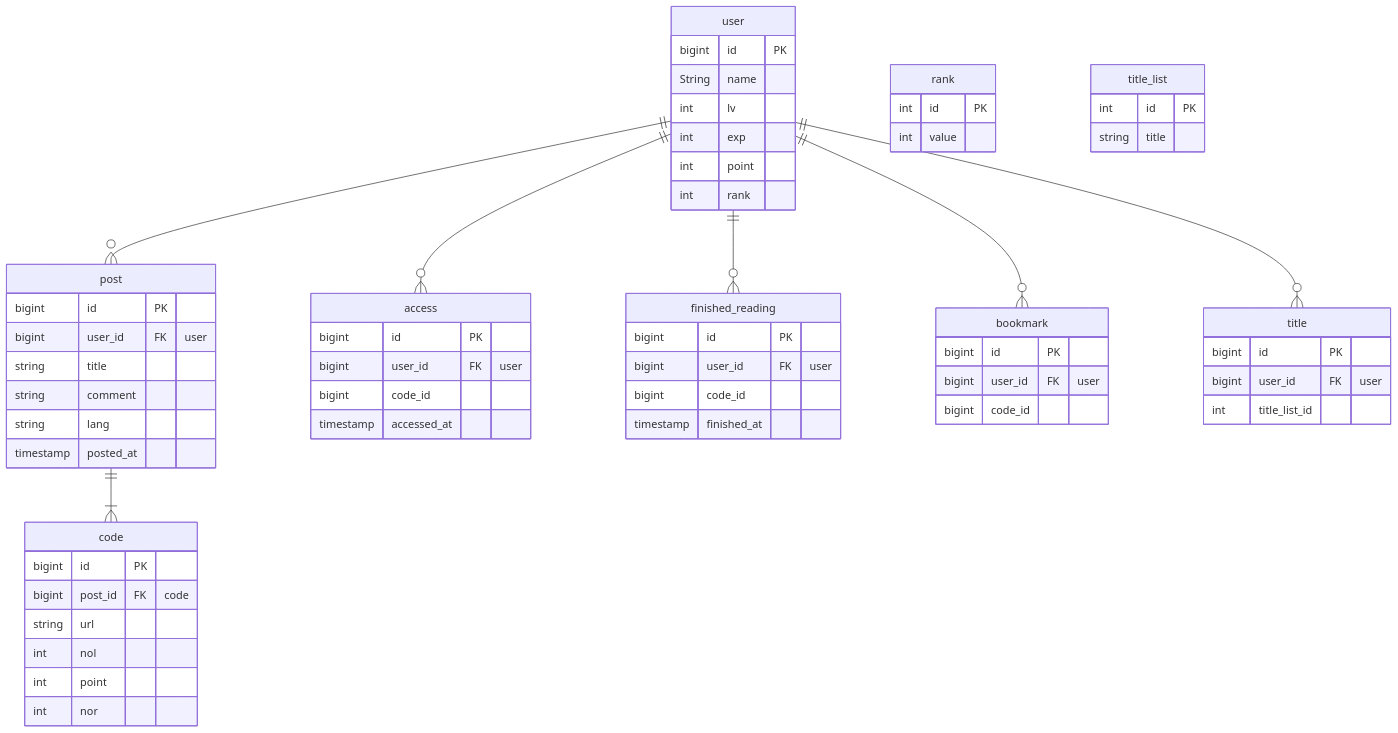
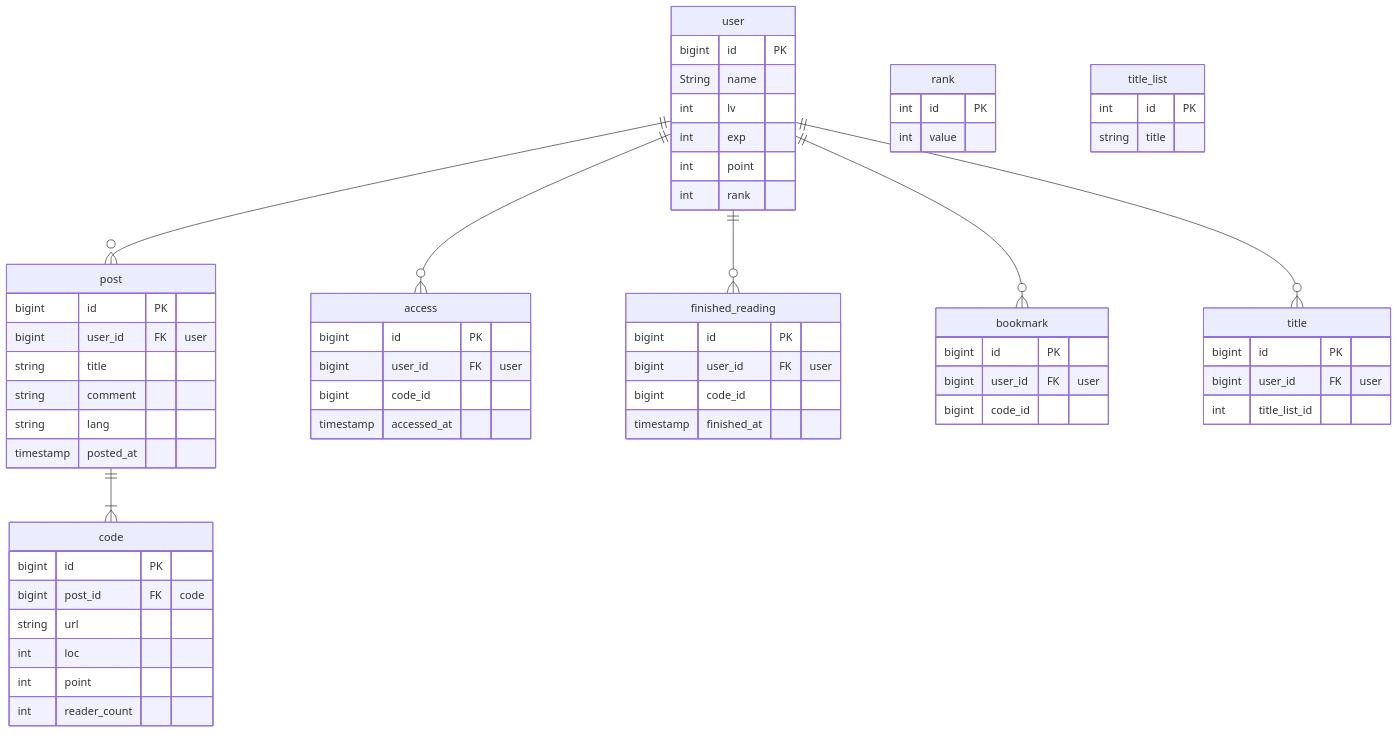
Before and after one commit to KimuraRyunosuke/CodeLeader: the diagram in chart/ER.md, drawn with Mermaid.

Commit message:
nol->loc, nor->reader_countへ変更した

````diff
--- a/chart/ER.md
+++ b/chart/ER.md
@@ -1,72 +1,72 @@
 ```mermaid
 erDiagram
     user {
         bigint id PK
         String name
         int lv
         int exp
         int point
         int rank
     }
 
     post {
         bigint id PK
         bigint user_id FK "user"
         string title
         string comment
         string lang
         timestamp posted_at
     }
 
     code {
         bigint id PK
         bigint post_id FK "code"
         string url
-        int nol
+        int loc
         int point
-        int nor
+        int reader_count
     }
 
     access {
         bigint id PK
         bigint user_id FK "user"
         bigint code_id
         timestamp accessed_at
     }
 
     finished_reading {
         bigint id PK
         bigint user_id FK "user"
         bigint code_id
         timestamp finished_at
     }
 
     bookmark {
         bigint id PK
         bigint user_id FK "user"
         bigint code_id
     }
 
     title {
         bigint id PK
         bigint user_id FK "user"
         int title_list_id
     }
 
     rank {
         int id PK
         int value
     }
 
     title_list {
         int id PK
         string title
     }
 
     user ||--o{ post : ""
     user ||--o{ access : ""
     user ||--o{ finished_reading : ""
     user ||--o{ bookmark : ""
     user ||--o{ title : ""
     post ||--|{ code : ""
 ```
````
